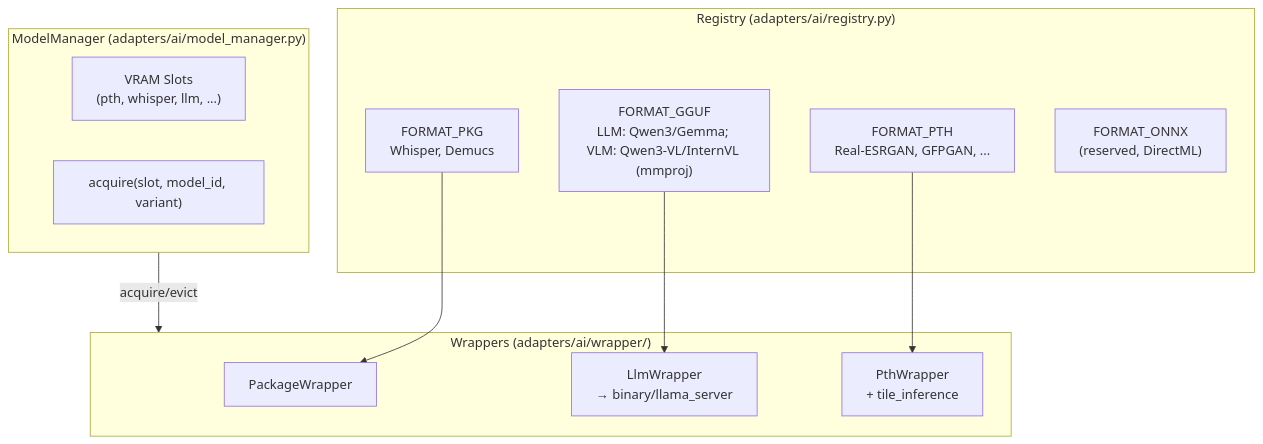
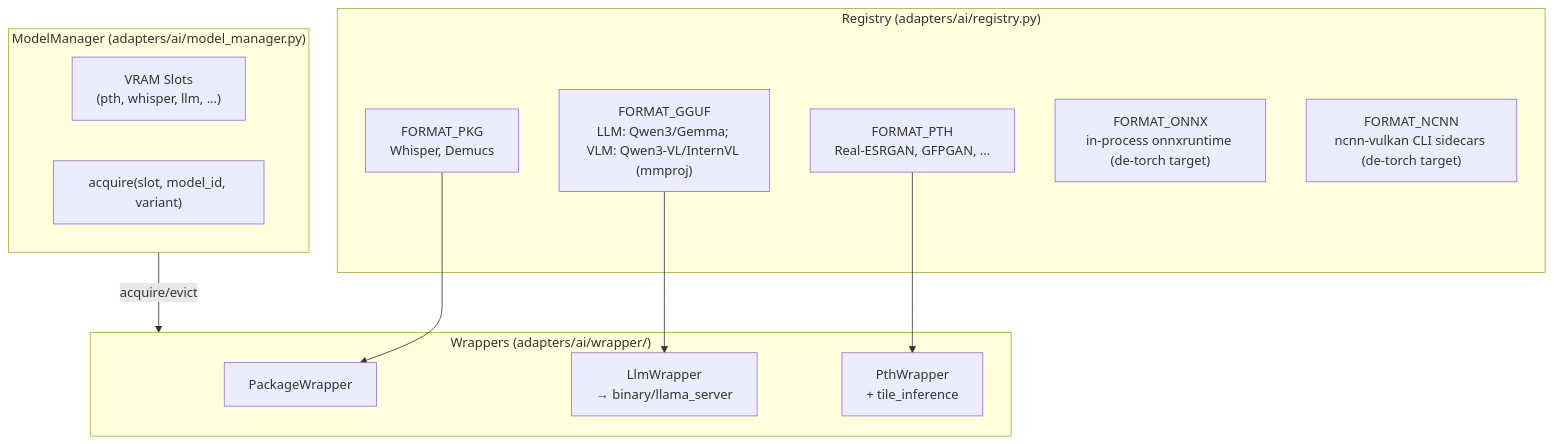
Before and after one commit to sw-willie-wu/MediaTranX: the third of 5 diagrams in docs/ARCHITECTURE.md, drawn with Mermaid.

Commit message:
docs(architecture): sync registry format diagram with FORMAT_ONNX/FORMAT_NCNN activation

````diff
--- a/docs/ARCHITECTURE.md
+++ b/docs/ARCHITECTURE.md
@@ -119,25 +119,26 @@
 ```mermaid
 graph TB
     subgraph Registry["Registry (adapters/ai/registry.py)"]
         FORMAT_PKG["FORMAT_PKG<br/>Whisper, Demucs"]
         FORMAT_GGUF["FORMAT_GGUF<br/>LLM: Qwen3/Gemma; VLM: Qwen3-VL/InternVL (mmproj)"]
         FORMAT_PTH["FORMAT_PTH<br/>Real-ESRGAN, GFPGAN, ..."]
-        FORMAT_ONNX["FORMAT_ONNX<br/>(reserved, DirectML)"]
+        FORMAT_ONNX["FORMAT_ONNX<br/>in-process onnxruntime (de-torch target)"]
+        FORMAT_NCNN["FORMAT_NCNN<br/>ncnn-vulkan CLI sidecars (de-torch target)"]
     end
 
     subgraph Manager["ModelManager (adapters/ai/model_manager.py)"]
         Slots["VRAM Slots<br/>(pth, whisper, llm, ...)"]
         Acquire["acquire(slot, model_id, variant)"]
     end
 
     subgraph Wrappers["Wrappers (adapters/ai/wrapper/)"]
         PKG["PackageWrapper"]
         PTH["PthWrapper<br/>+ tile_inference"]
         LLM["LlmWrapper<br/>→ binary/llama_server"]
     end
 
     FORMAT_PKG --> PKG
     FORMAT_PTH --> PTH
     FORMAT_GGUF --> LLM
     Manager -->|"acquire/evict"| Wrappers
 ```
````
